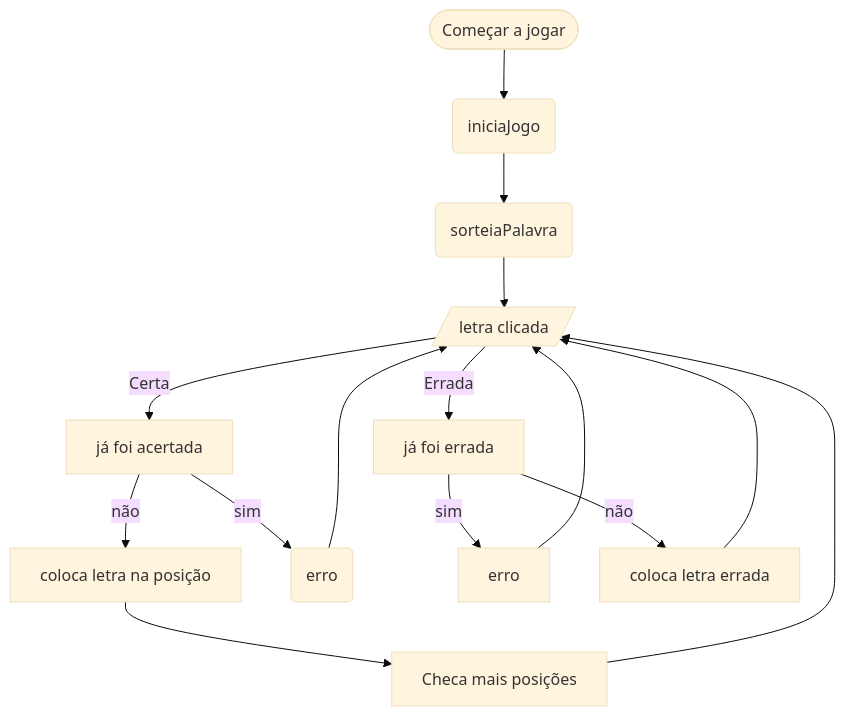
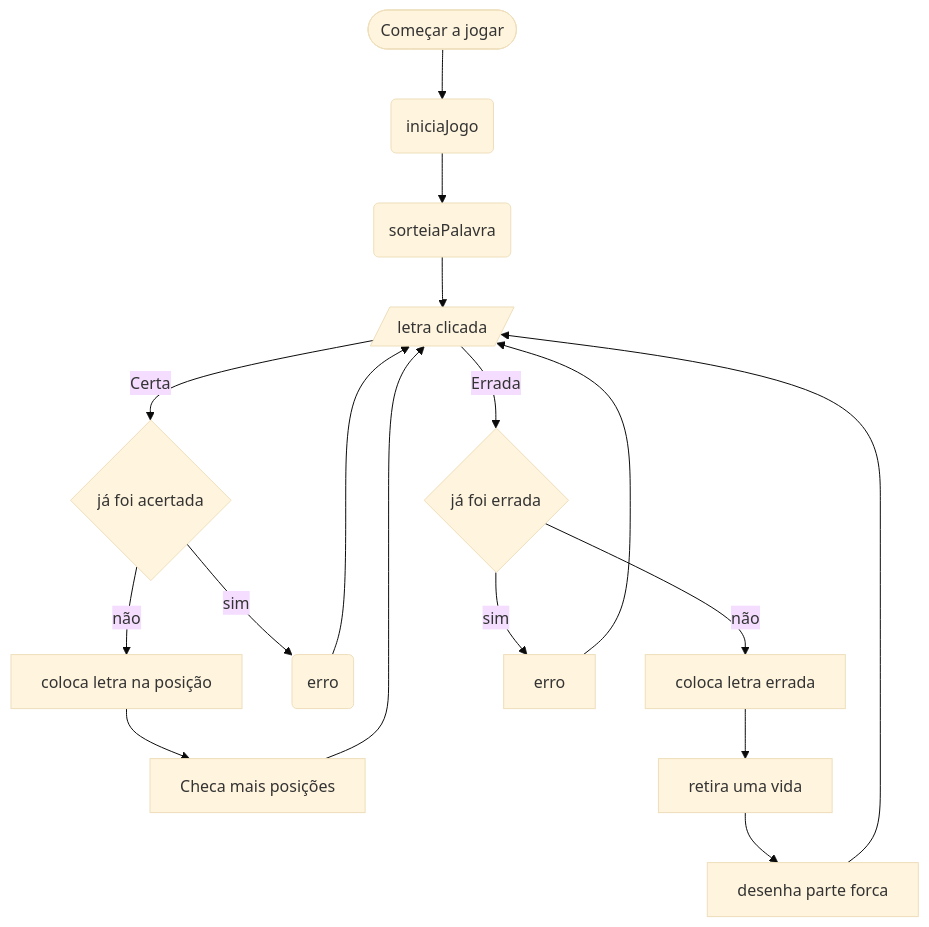
One commit to LeonardoFG/challenge-oracle-hangman changed the first of 2 diagrams in README.md. Above: the diagram before and after it, drawn with Mermaid (base theme).

````diff
--- a/README.md
+++ b/README.md
@@ -4,17 +4,19 @@
 ```mermaid
     flowchart TD
     A([Começar a jogar]) --> B(iniciaJogo)
     B --> C(sorteiaPalavra)
     C --> D[/letra clicada/]
-    D -->|Certa| E[já foi acertada]
-    E -->|não| F[coloca letra na posição]
-    F -->G[Checa mais posições]
+    D --> |Certa| E{já foi acertada}
+    E --> |não| F[coloca letra na posição]
+    F --> G[Checa mais posições]
+    E --> |sim| H(erro)
+    D --> |Errada| J{já foi errada}
+    J --> |não| L[coloca letra errada]
+    L --> M[retira uma vida]
+    M --> N[desenha parte forca]
+    J --> |sim| K[erro]
+    N --> D
+    K --> D
     G --> D
-    E -->|sim| H(erro)
     H --> D
-    D -->|Errada| J[já foi errada]
-    J -->|sim| K[erro]
-    K --> D
-    J -->|não| L[coloca letra errada]
-    L -->D
 ```    
````
